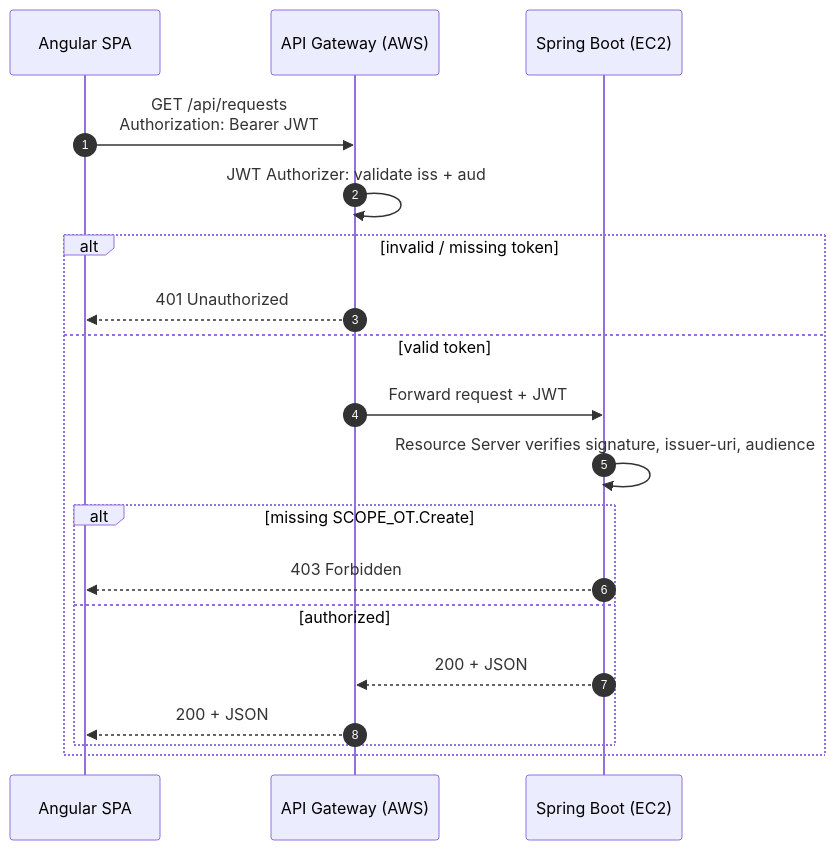
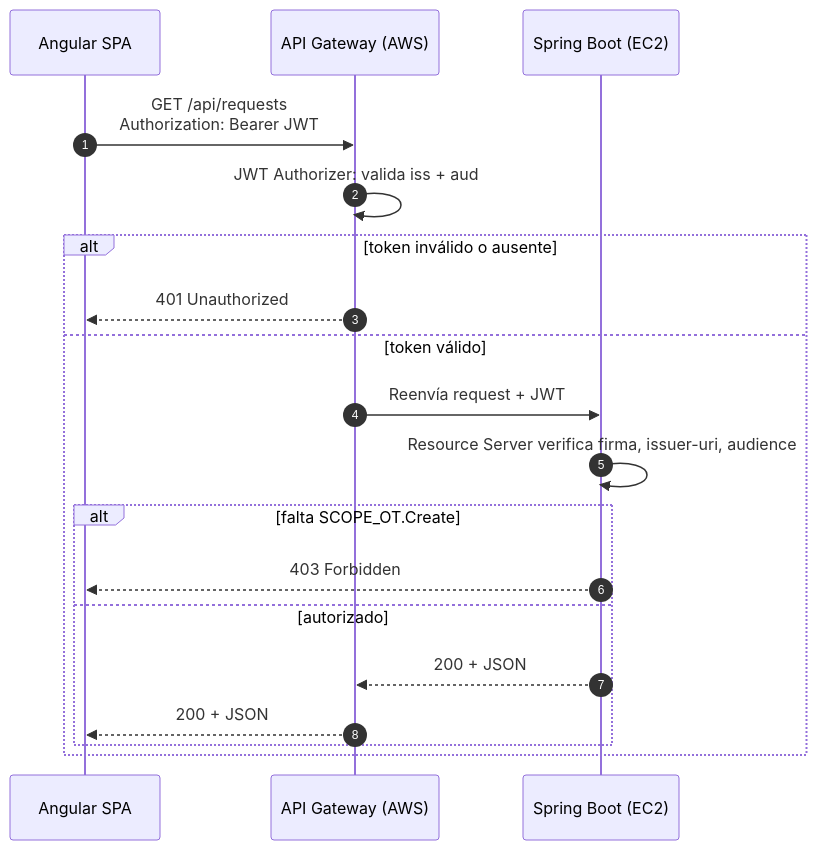
Before and after one commit to FabianOsses21/Frontend-MSAL1.3: the third of 3 diagrams in frontend-msal/README.md, drawn with Mermaid. The commit also changed other lines of this file, not shown here.

First line of the commit message:
docs: translate README diagrams and docs to Spanish

````diff
--- a/frontend-msal/README.md
+++ b/frontend-msal/README.md
@@ -50,21 +50,21 @@
 ```mermaid
 sequenceDiagram
     autonumber
     participant F as Angular SPA
     participant G as API Gateway (AWS)
     participant B as Spring Boot (EC2)
     F->>G: GET /api/requests<br/>Authorization: Bearer JWT
-    G->>G: JWT Authorizer: validate iss + aud
-    alt invalid / missing token
+    G->>G: JWT Authorizer: valida iss + aud
+    alt token inválido o ausente
         G-->>F: 401 Unauthorized
-    else valid token
-        G->>B: Forward request + JWT
-        B->>B: Resource Server verifies signature, issuer-uri, audience
-        alt missing SCOPE_OT.Create
+    else token válido
+        G->>B: Reenvía request + JWT
+        B->>B: Resource Server verifica firma, issuer-uri, audience
+        alt falta SCOPE_OT.Create
             B-->>F: 403 Forbidden
-        else authorized
+        else autorizado
             B-->>G: 200 + JSON
             G-->>F: 200 + JSON
         end
     end
 ```
````
